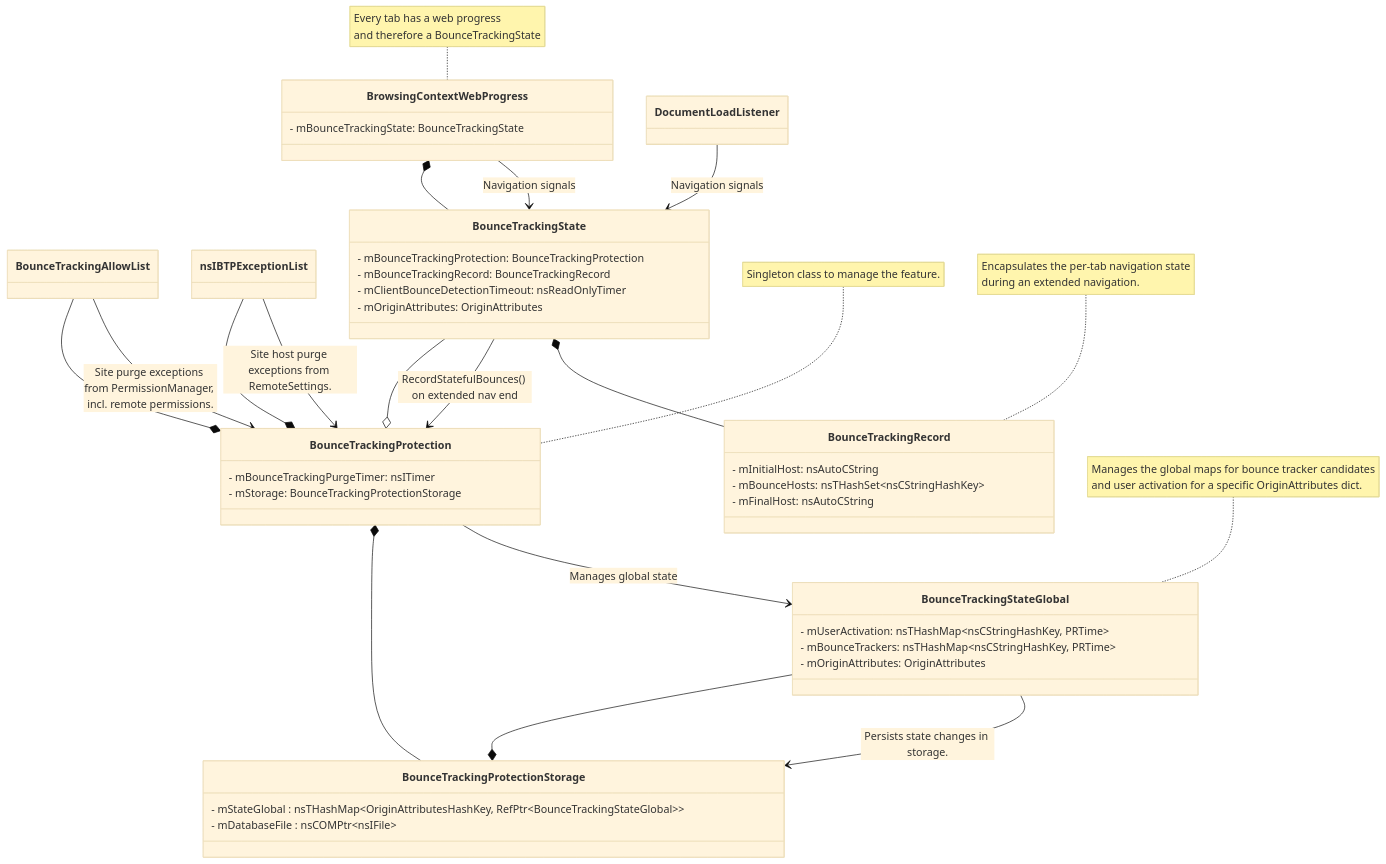
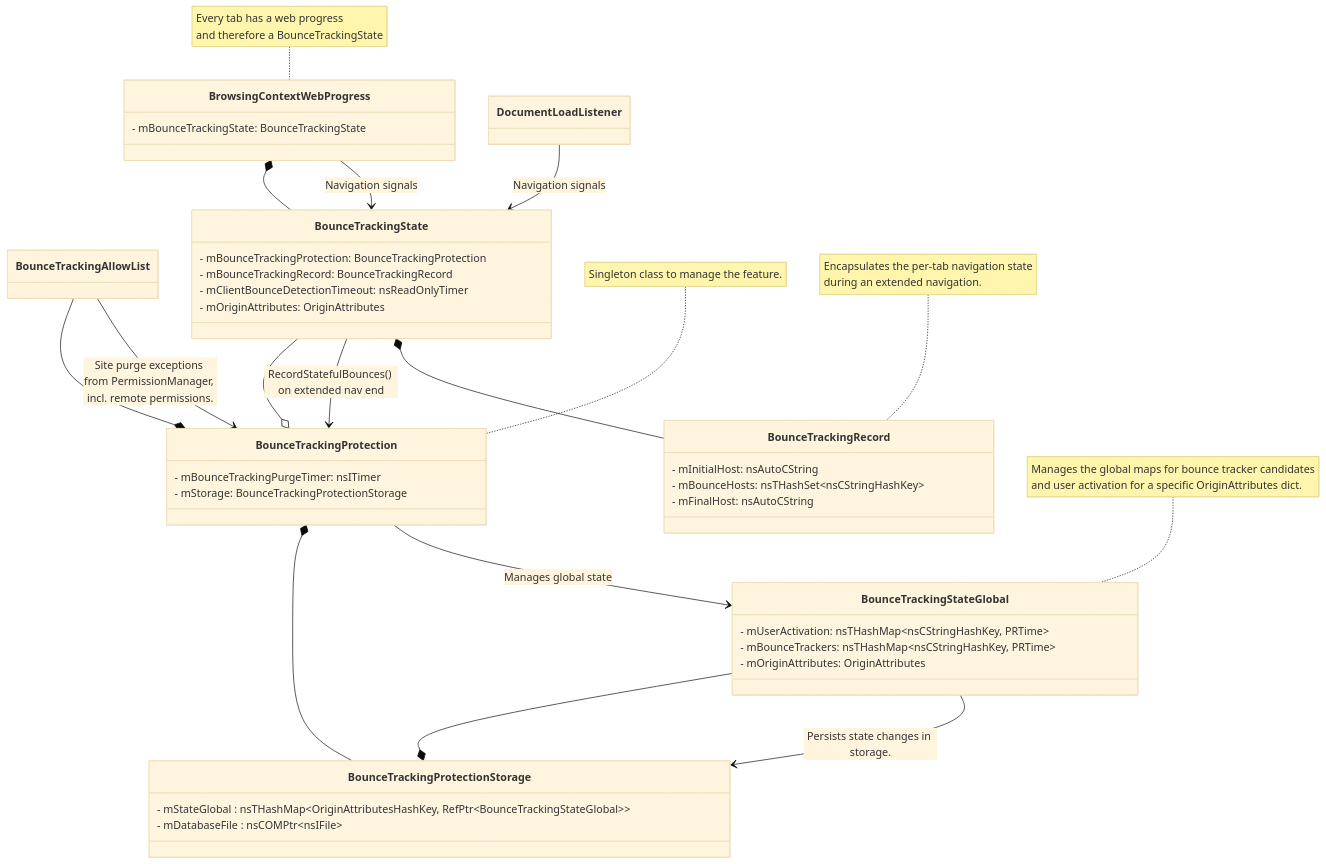
One commit to mozilla-releng/git-backing changed the diagram in toolkit/components/antitracking/docs/bounce-tracking-protection/index.md. Above: the diagram before and after it, drawn with Mermaid (base theme).

Commit message:
Bug 2089640 - Remove nsIBTPExceptionList from the BTP docs. r=#anti-tracking!

````diff
--- a/toolkit/components/antitracking/docs/bounce-tracking-protection/index.md
+++ b/toolkit/components/antitracking/docs/bounce-tracking-protection/index.md
@@ -173,77 +173,70 @@
 ```{mermaid}
 classDiagram
     class BounceTrackingProtection {
         - mBounceTrackingPurgeTimer: nsITimer
         - mStorage: BounceTrackingProtectionStorage
     }
 
     note for BounceTrackingProtection "Singleton class to manage the feature."
 
     class BounceTrackingAllowList {
-        <!-- [...] -->
-    }
-
-    class nsIBTPExceptionList {
-        <!-- Bug 1930704: Empty classes lead to build errors. Adding a comment inside the class fixes the issue -->
         <!-- [...] -->
     }
 
     class BounceTrackingStateGlobal {
         - mUserActivation: nsTHashMap&lt;nsCStringHashKey, PRTime&gt;
         - mBounceTrackers: nsTHashMap&lt;nsCStringHashKey, PRTime&gt;
         - mOriginAttributes: OriginAttributes
     }
 
     note for BounceTrackingStateGlobal "Manages the global maps for bounce tracker candidates
                                         and user activation for a specific OriginAttributes dict."
 
     class BounceTrackingProtectionStorage {
         - mStateGlobal : nsTHashMap&lt;OriginAttributesHashKey, RefPtr&lt;BounceTrackingStateGlobal&gt;&gt;
         - mDatabaseFile : nsCOMPtr&lt;nsIFile&gt;
     }
 
 
     class BounceTrackingRecord {
         - mInitialHost: nsAutoCString
         - mBounceHosts: nsTHashSet&lt;nsCStringHashKey&gt;
         - mFinalHost: nsAutoCString
     }
 
     note for BounceTrackingRecord "Encapsulates the per-tab navigation state
                                    during an extended navigation."
 
     class BounceTrackingState {
         - mBounceTrackingProtection: BounceTrackingProtection
         - mBounceTrackingRecord: BounceTrackingRecord
         - mClientBounceDetectionTimeout: nsReadOnlyTimer
         - mOriginAttributes: OriginAttributes
     }
 
 
     class BrowsingContextWebProgress {
         - mBounceTrackingState: BounceTrackingState
     }
 
 
     class DocumentLoadListener{
         <!-- [...] -->
     }
 
     note for BrowsingContextWebProgress "Every tab has a web progress
                                          and therefore a BounceTrackingState"
 
     BounceTrackingProtection *-- BounceTrackingProtectionStorage
     BounceTrackingState --o BounceTrackingProtection
     BounceTrackingState --> BounceTrackingProtection : RecordStatefulBounces() on extended nav end
     BounceTrackingState *-- BounceTrackingRecord
     BrowsingContextWebProgress *-- BounceTrackingState
     BounceTrackingStateGlobal --* BounceTrackingProtectionStorage
     BounceTrackingStateGlobal --> BounceTrackingProtectionStorage : Persists state changes in storage.
     BounceTrackingProtection --> BounceTrackingStateGlobal : Manages global state
-    nsIBTPExceptionList --* BounceTrackingProtection
-    nsIBTPExceptionList --> BounceTrackingProtection : Site host purge exceptions from RemoteSettings.
     BounceTrackingAllowList --* BounceTrackingProtection
     BounceTrackingAllowList --> BounceTrackingProtection :  Site purge exceptions from PermissionManager, incl. remote permissions.
     BrowsingContextWebProgress --> BounceTrackingState : Navigation signals
     DocumentLoadListener --> BounceTrackingState : Navigation signals
 ```
````
